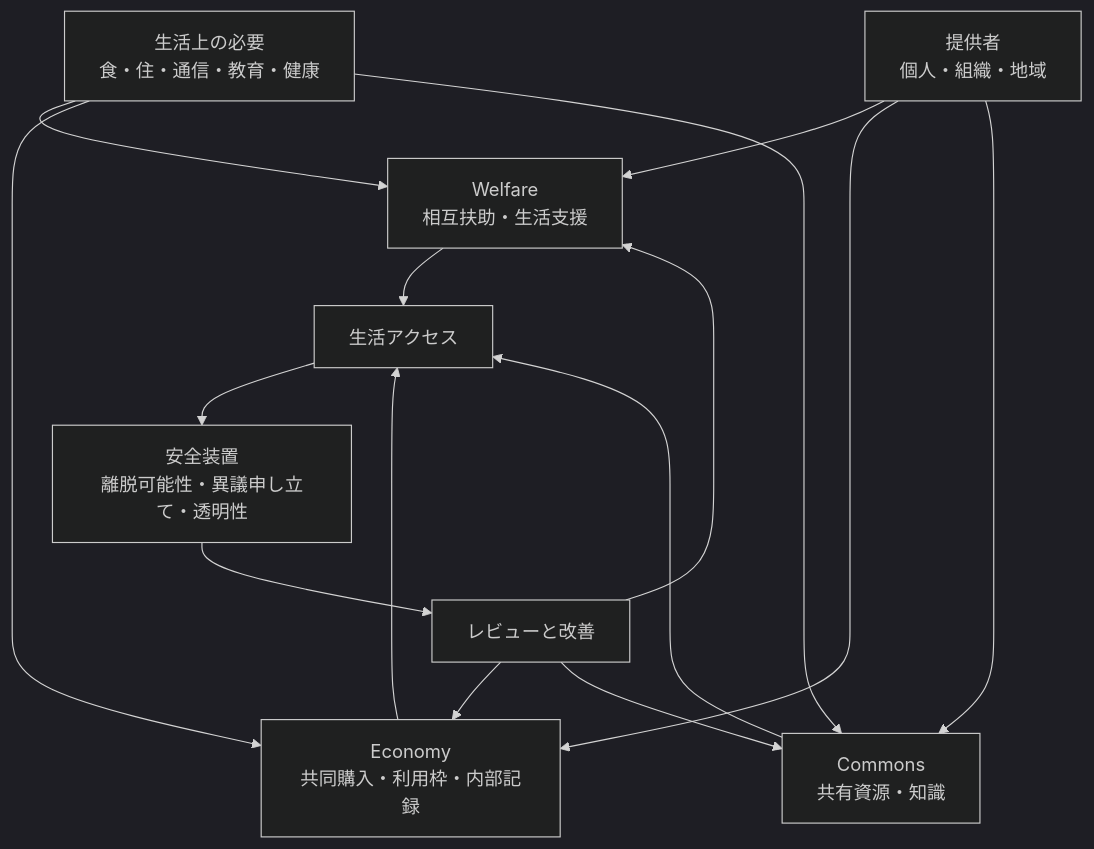
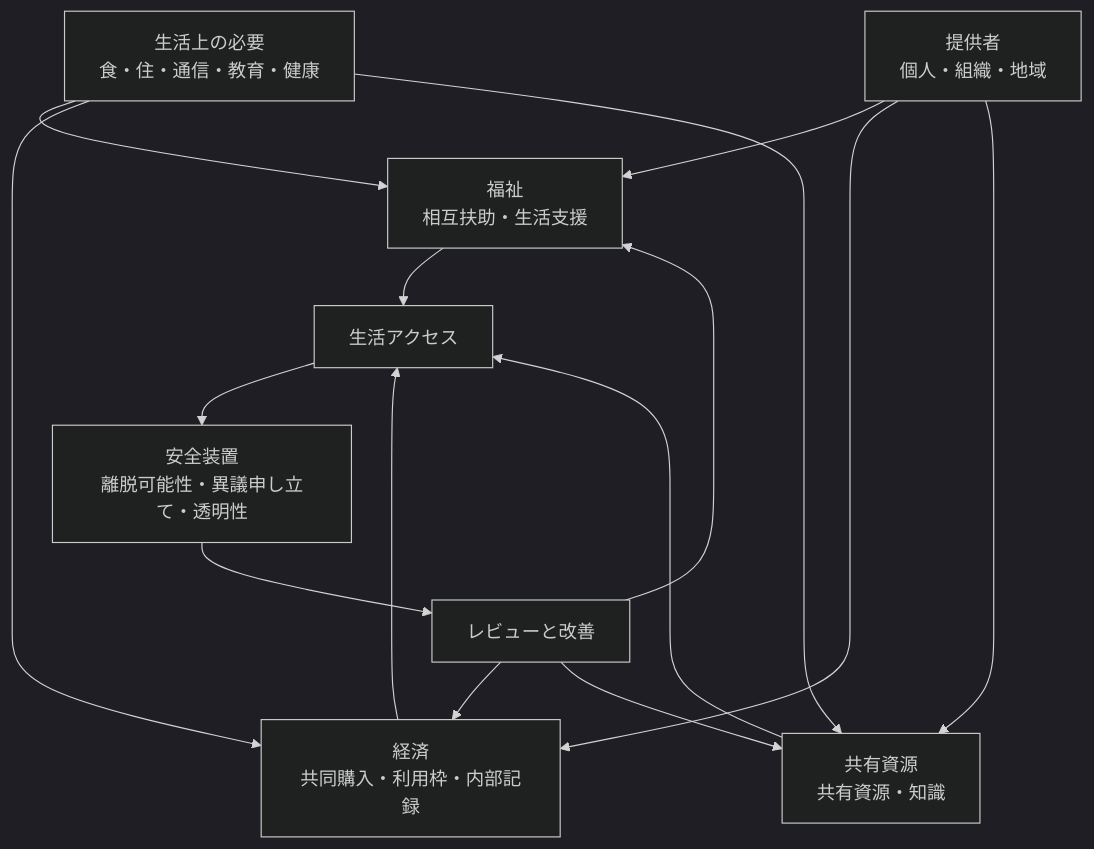
The diagram in assets/diagrams/07-life-access-model.md (acecore-systems/world-foundation), drawn with Mermaid (dark theme) before and after one commit. The commit also changed other lines of this file and 47 other files, not shown here.

````diff
--- a/assets/diagrams/07-life-access-model.md
+++ b/assets/diagrams/07-life-access-model.md
@@ -5,31 +5,31 @@
 ```mermaid
 flowchart TB
   Needs["生活上の必要<br/>食・住・通信・教育・健康"]
-  Welfare["Welfare<br/>相互扶助・生活支援"]
-  Economy["Economy<br/>共同購入・利用枠・内部記録"]
-  Commons["Commons<br/>共有資源・知識"]
+  福祉["福祉<br/>相互扶助・生活支援"]
+  経済["経済<br/>共同購入・利用枠・内部記録"]
+  Commons["共有資源<br/>共有資源・知識"]
   Providers["提供者<br/>個人・組織・地域"]
   Access["生活アクセス"]
   Safeguards["安全装置<br/>離脱可能性・異議申し立て・透明性"]
   Review["レビューと改善"]
 
-  Needs --> Welfare
-  Needs --> Economy
+  Needs --> 福祉
+  Needs --> 経済
   Needs --> Commons
-  Providers --> Welfare
-  Providers --> Economy
+  Providers --> 福祉
+  Providers --> 経済
   Providers --> Commons
-  Welfare --> Access
-  Economy --> Access
+  福祉 --> Access
+  経済 --> Access
   Commons --> Access
   Access --> Safeguards
   Safeguards --> Review
-  Review --> Welfare
-  Review --> Economy
+  Review --> 福祉
+  Review --> 経済
   Review --> Commons
 
-  click Welfare "../../modules/ja/welfare/README.md" "Welfare"
-  click Economy "../../modules/ja/economy/README.md" "Economy"
-  click Access "../../docs/ja/06-life-access-sustainability.md" "Life Access Sustainability"
-  click Safeguards "../../docs/ja/05-threat-model.md" "Threat Model"
+  click 福祉 "../../modules/ja/welfare/README.md" "福祉"
+  click 経済 "../../modules/ja/economy/README.md" "経済"
+  click Access "../../docs/ja/06-life-access-sustainability.md" "生活アクセスの持続可能性"
+  click Safeguards "../../docs/ja/05-threat-model.md" "脅威モデル"
 ```
````
